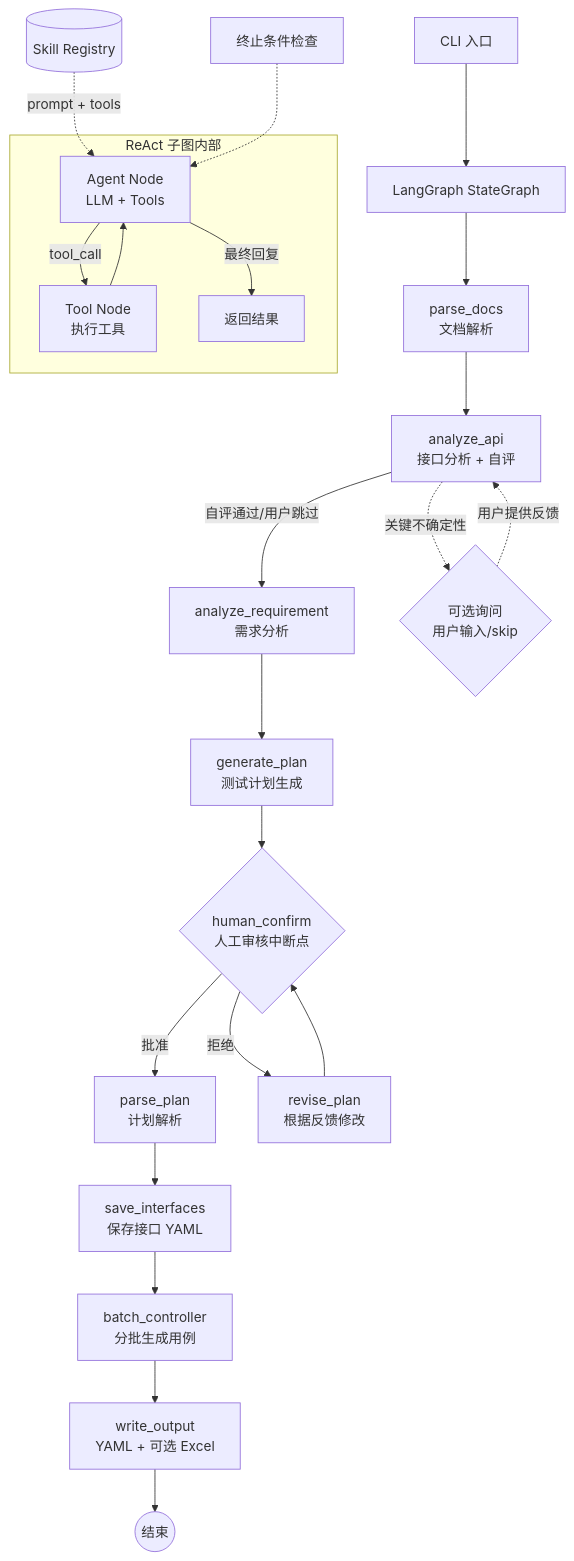
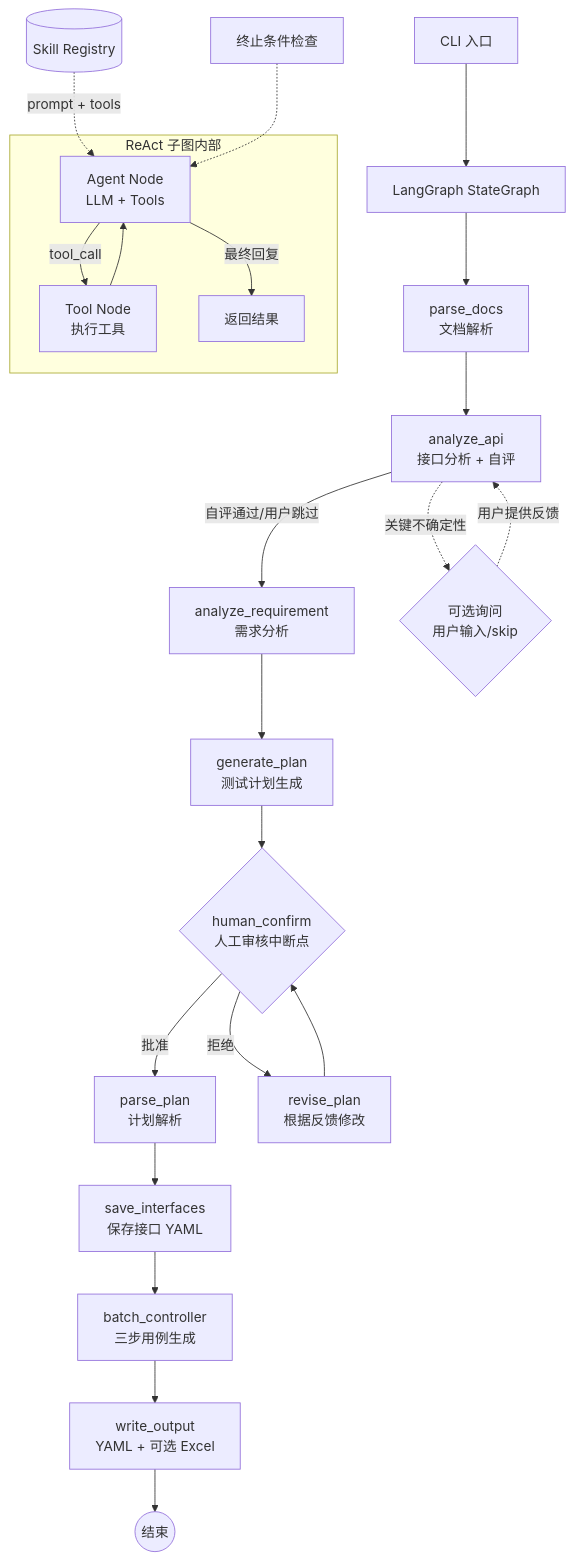
Before and after one commit to Remon-16/flow-forge: the diagram in agent/README.md, drawn with Mermaid. The commit also changed other lines of this file and 12 other files, not shown here.

````diff
--- a/agent/README.md
+++ b/agent/README.md
@@ -9,27 +9,27 @@
 ```mermaid
 graph TD
     CLI[CLI 入口] --> GRAPH[LangGraph StateGraph]
     GRAPH --> PARSE[parse_docs<br/>文档解析]
     PARSE --> ANALYZE_API[analyze_api<br/>接口分析 + 自评]
     ANALYZE_API -->|自评通过/用户跳过| ANALYZE_REQ[analyze_requirement<br/>需求分析]
     ANALYZE_API -.->|关键不确定性| API_ASK{可选询问<br/>用户输入/skip}
     API_ASK -.->|用户提供反馈| ANALYZE_API
     ANALYZE_REQ --> GEN_PLAN[generate_plan<br/>测试计划生成]
     GEN_PLAN --> CONFIRM{human_confirm<br/>人工审核中断点}
     CONFIRM -->|批准| PARSE_PLAN[parse_plan<br/>计划解析]
     CONFIRM -->|拒绝| REVISE[revise_plan<br/>根据反馈修改]
     REVISE --> CONFIRM
     PARSE_PLAN --> SAVE_IFACES[save_interfaces<br/>保存接口 YAML]
-    SAVE_IFACES --> BATCH[batch_controller<br/>分批生成用例]
+    SAVE_IFACES --> BATCH[batch_controller<br/>三步用例生成]
     BATCH --> WRITE[write_output<br/>YAML + 可选 Excel]
     WRITE --> END((结束))
 
     subgraph ReAct 子图内部
         AGENT[Agent Node<br/>LLM + Tools] -->|tool_call| TOOLS[Tool Node<br/>执行工具]
         TOOLS --> AGENT
         AGENT -->|最终回复| DONE[返回结果]
     end
 
     SKILLS[(Skill Registry)] -.->|prompt + tools| AGENT
     TERM[终止条件检查] -.-> AGENT
 ```
````
